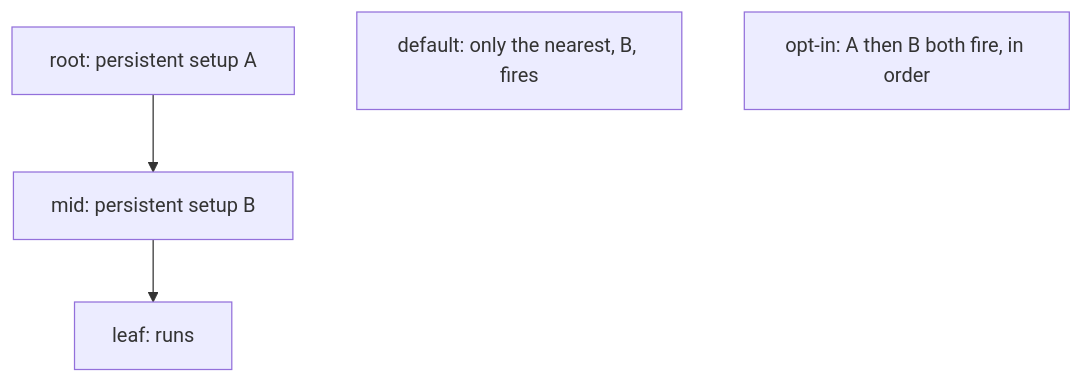
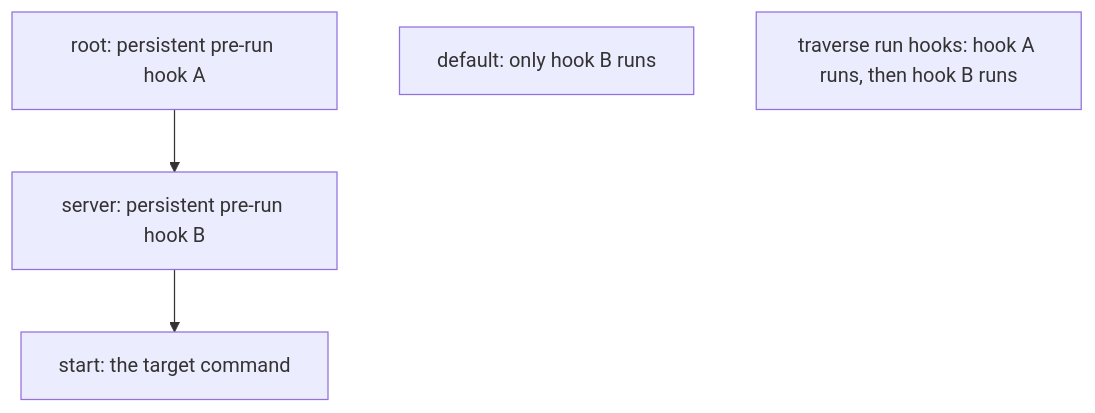
The third of 4 diagrams in docs/examples/cobra/.cluedoc/execution-and-dispatch/lifecycle-hooks/README.md (KeunwooPark/cluedoc), drawn with Mermaid before and after one commit. The commit also changed other lines of this file and 22 other files, not shown here.

````diff
--- a/docs/examples/cobra/.cluedoc/execution-and-dispatch/lifecycle-hooks/README.md
+++ b/docs/examples/cobra/.cluedoc/execution-and-dispatch/lifecycle-hooks/README.md
@@ -53,7 +70,7 @@
 ```mermaid
 flowchart TD
-    R["root: persistent setup A"] --> M["mid: persistent setup B"]
-    M --> L["leaf: runs"]
-    note1["default: only the nearest, B, fires"]
-    note2["opt-in: A then B both fire, in order"]
+    R["root: persistent pre-run hook A"] --> M["server: persistent pre-run hook B"]
+    M --> L["start: the target command"]
+    D1["default: only hook B runs"]
+    D2["traverse run hooks: hook A runs, then hook B runs"]
 ```
````
